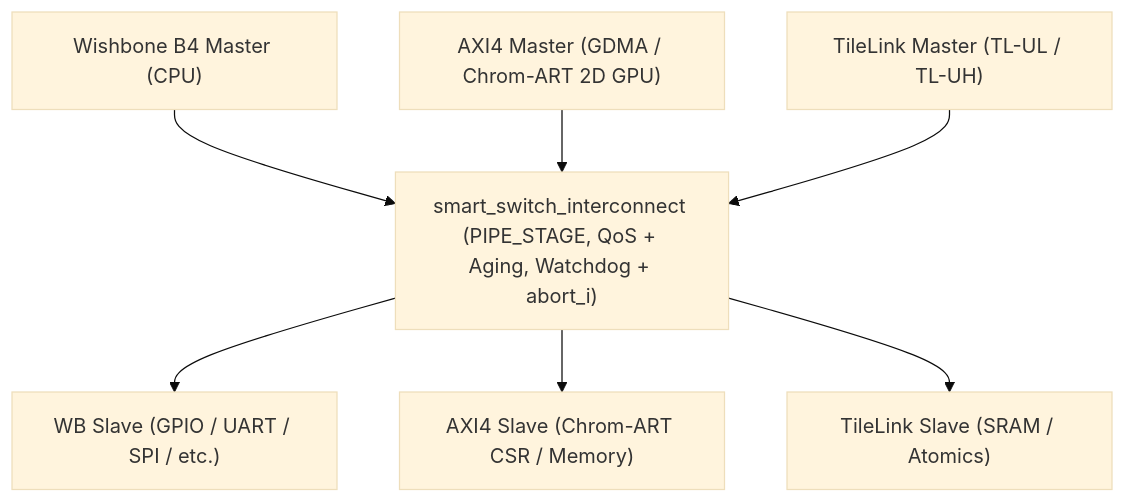
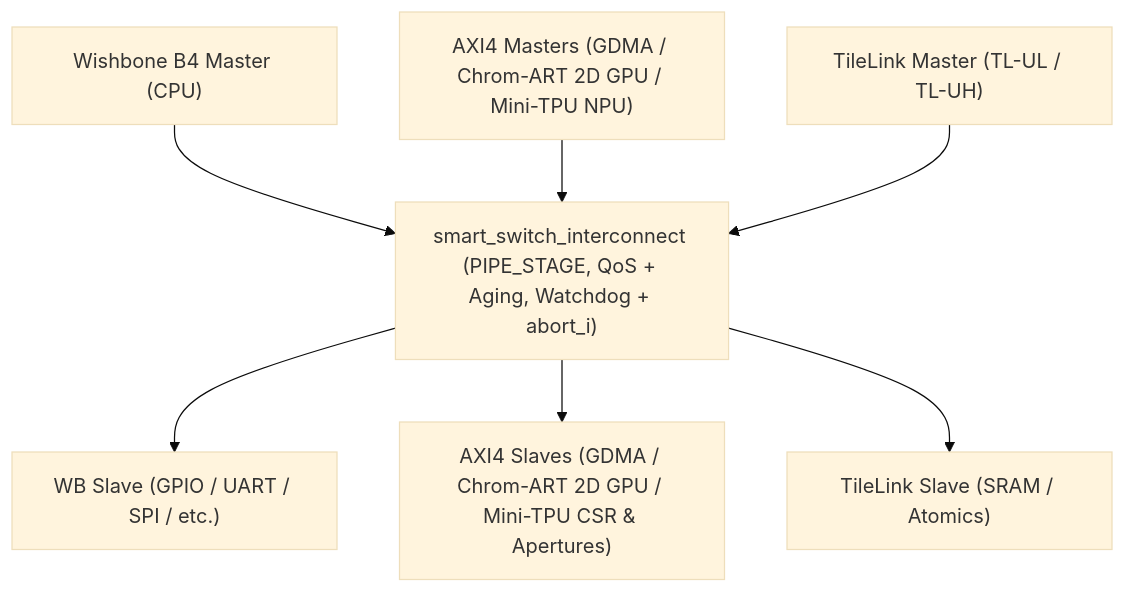
Before and after one commit to BaiTian6641/SoC_IPs: the diagram in README.md, drawn with Mermaid (base theme). The commit also changed other lines of this file and 18 other files, not shown here.

Commit message:
Add programmable Mini-TPU/NPU (NVFP4/FP8/INT8) with Tri-Bus & AXIS interfaces, tests, and docs

````diff
--- a/README.md
+++ b/README.md
@@ -21,19 +22,19 @@
 ```mermaid
 flowchart TB
   M_WB["Wishbone B4 Master (CPU)"]
-  M_AXI["AXI4 Master (GDMA / Chrom-ART 2D GPU)"]
+  M_AXI["AXI4 Masters (GDMA / Chrom-ART 2D GPU / Mini-TPU NPU)"]
   M_TL["TileLink Master (TL-UL / TL-UH)"]
 
   SS["smart_switch_interconnect (PIPE_STAGE, QoS + Aging, Watchdog + abort_i)"]
 
   S_WB["WB Slave (GPIO / UART / SPI / etc.)"]
-  S_AXI["AXI4 Slave (Chrom-ART CSR / Memory)"]
+  S_AXI["AXI4 Slaves (GDMA / Chrom-ART 2D GPU / Mini-TPU CSR & Apertures)"]
   S_TL["TileLink Slave (SRAM / Atomics)"]
 
   M_WB --> SS
   M_AXI --> SS
   M_TL --> SS
   SS --> S_WB
   SS --> S_AXI
   SS --> S_TL
 ```
````
